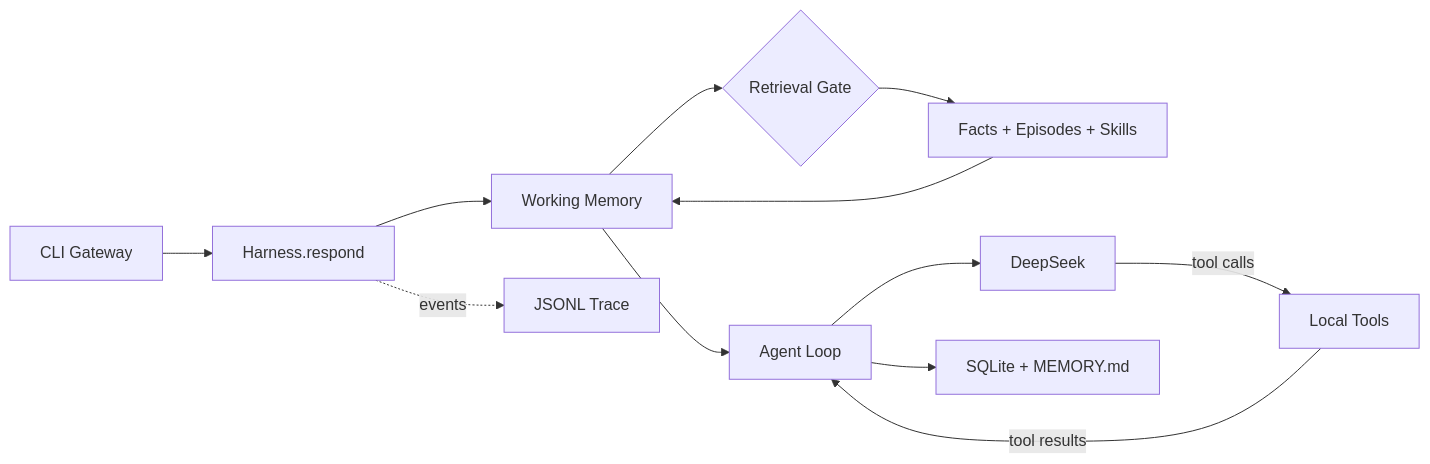
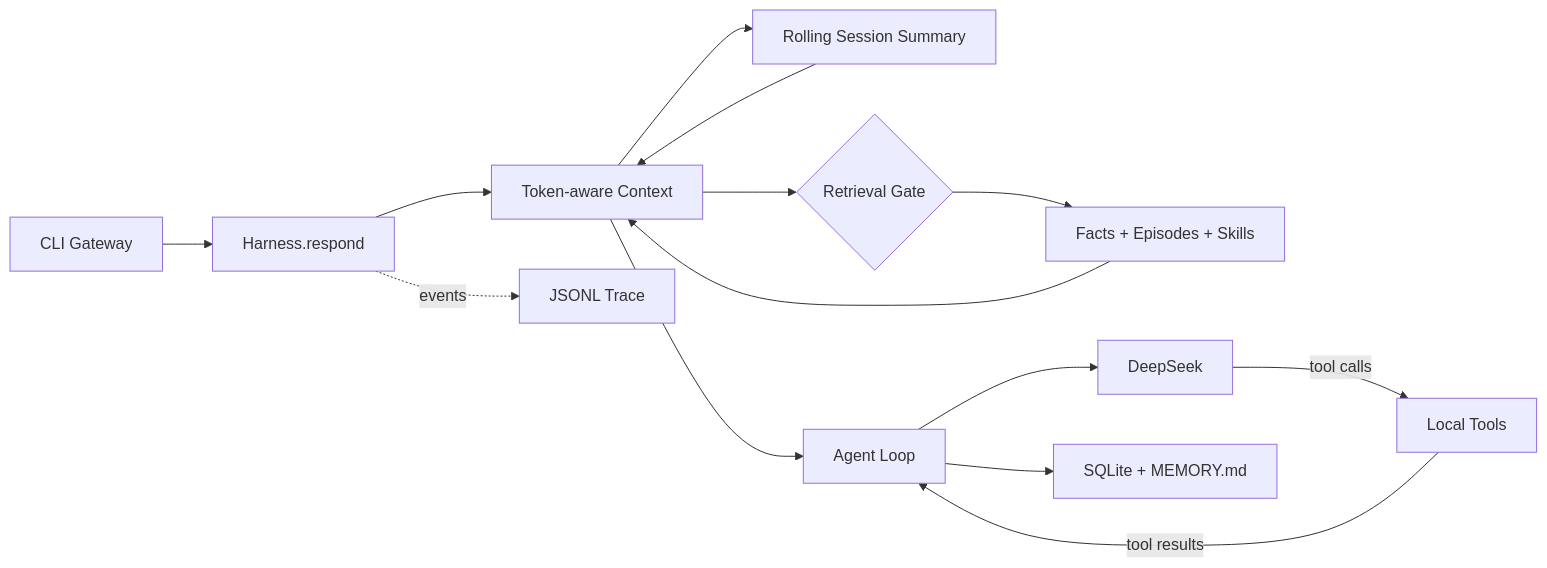
The diagram in README.md (leishimin15-cloud/lsm-harness), drawn with Mermaid before and after one commit. The commit also changed other lines of this file and 15 other files, not shown here.

Commit message:
add token-aware context compression and session recovery

````diff
--- a/README.md
+++ b/README.md
@@ -13,14 +14,16 @@
 ```mermaid
 flowchart LR
   CLI["CLI Gateway"] --> H["Harness.respond"]
-  H --> C["Working Memory"]
+  H --> C["Token-aware Context"]
+  C --> S["Rolling Session Summary"]
+  S --> C
   C --> G{"Retrieval Gate"}
   G --> M["Facts + Episodes + Skills"]
   M --> C
   C --> L["Agent Loop"]
   L --> D["DeepSeek"]
   D -->|tool calls| T["Local Tools"]
   T -->|tool results| L
   L --> P["SQLite + MEMORY.md"]
   H -. events .-> X["JSONL Trace"]
 ```
````
